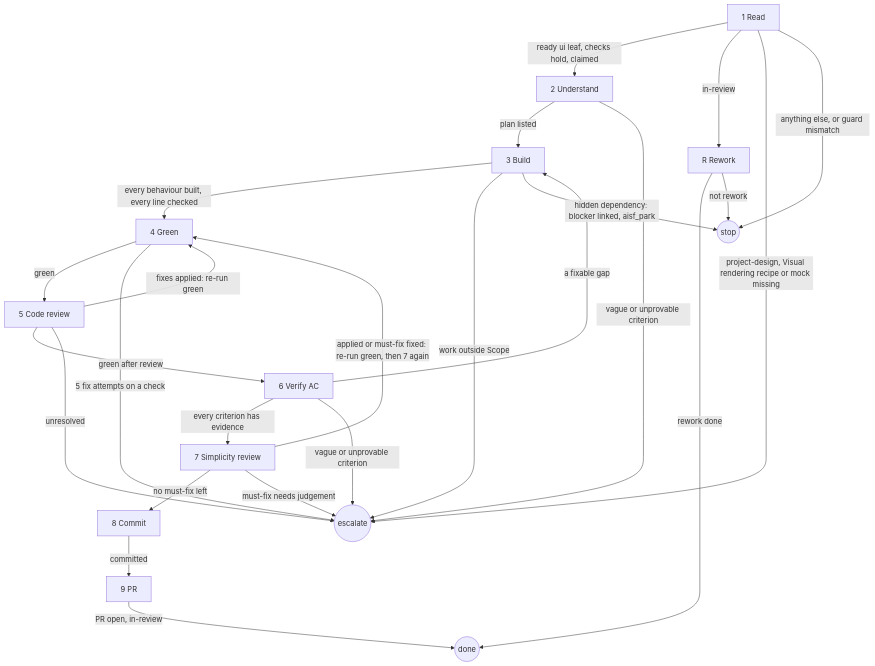
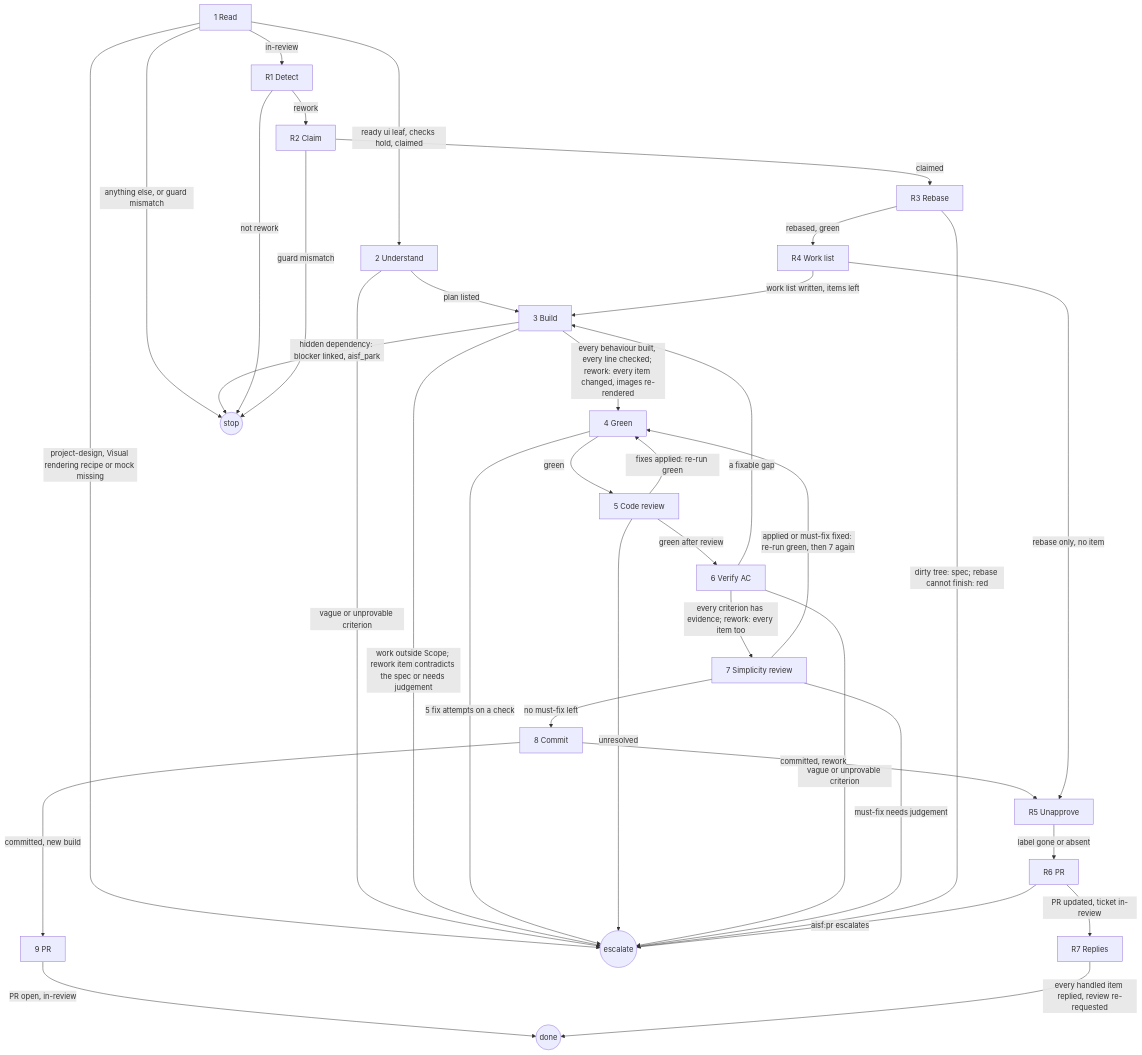
The diagram in packages/plugin/commands/ui-implement-ticket/SKILL.md (MoritzKopmann/AISoftwareFactory), drawn with Mermaid before and after one commit. The commit also changed other lines of this file, not shown here.

First line of the commit message:
feat(plugin): rework ui-implement-ticket through its own review gates

````diff
--- a/packages/plugin/commands/ui-implement-ticket/SKILL.md
+++ b/packages/plugin/commands/ui-implement-ticket/SKILL.md
@@ -30,27 +33,38 @@
 ```mermaid
 flowchart TD
   1[1 Read] -->|ready ui leaf, checks hold, claimed| 2[2 Understand]
-  1 -->|in-review| R[R Rework]
+  1 -->|in-review| R1[R1 Detect]
   1 -->|project-design, Visual rendering recipe or mock missing| E((escalate))
   1 -->|anything else, or guard mismatch| S((stop))
   2 -->|plan listed| 3[3 Build]
   2 -->|vague or unprovable criterion| E
-  3 -->|every behaviour built, every line checked| 4[4 Green]
-  3 -->|work outside Scope| E
+  3 -->|every behaviour built, every line checked; rework: every item changed, images re-rendered| 4[4 Green]
+  3 -->|work outside Scope; rework item contradicts the spec or needs judgement| E
   3 -->|hidden dependency: blocker linked, aisf_park| S
   4 -->|green| 5[5 Code review]
   4 -->|5 fix attempts on a check| E
   5 -->|fixes applied: re-run green| 4
   5 -->|green after review| 6[6 Verify AC]
   5 -->|unresolved| E
-  6 -->|every criterion has evidence| 7[7 Simplicity review]
+  6 -->|every criterion has evidence; rework: every item too| 7[7 Simplicity review]
   6 -->|a fixable gap| 3
   6 -->|vague or unprovable criterion| E
   7 -->|applied or must-fix fixed: re-run green, then 7 again| 4
   7 -->|no must-fix left| 8[8 Commit]
   7 -->|must-fix needs judgement| E
-  8 -->|committed| 9[9 PR]
+  8 -->|committed, new build| 9[9 PR]
+  8 -->|committed, rework| R5[R5 Unapprove]
   9 -->|PR open, in-review| D((done))
-  R -->|rework done| D
-  R -->|not rework| S
+  R1 -->|rework| R2[R2 Claim]
+  R1 -->|not rework| S
+  R2 -->|claimed| R3[R3 Rebase]
+  R2 -->|guard mismatch| S
+  R3 -->|rebased, green| R4[R4 Work list]
+  R3 -->|dirty tree: spec; rebase cannot finish: red| E
+  R4 -->|work list written, items left| 3
+  R4 -->|rebase only, no item| R5
+  R5 -->|label gone or absent| R6[R6 PR]
+  R6 -->|PR updated, ticket in-review| R7[R7 Replies]
+  R6 -->|aisf:pr escalates| E
+  R7 -->|every handled item replied, review re-requested| D
 ```
````
